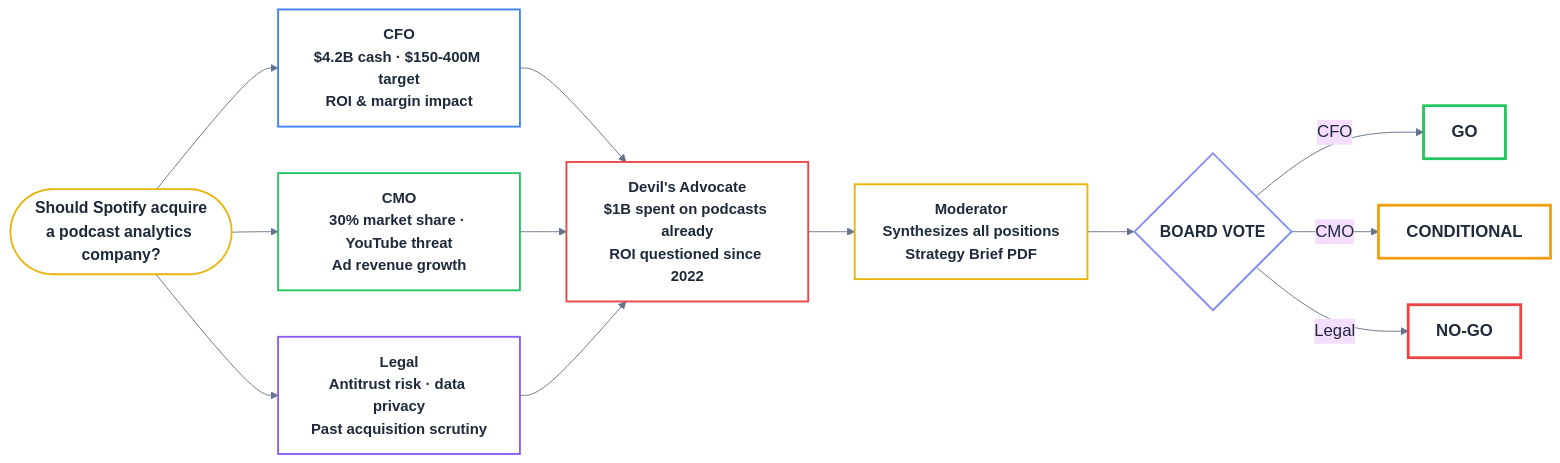
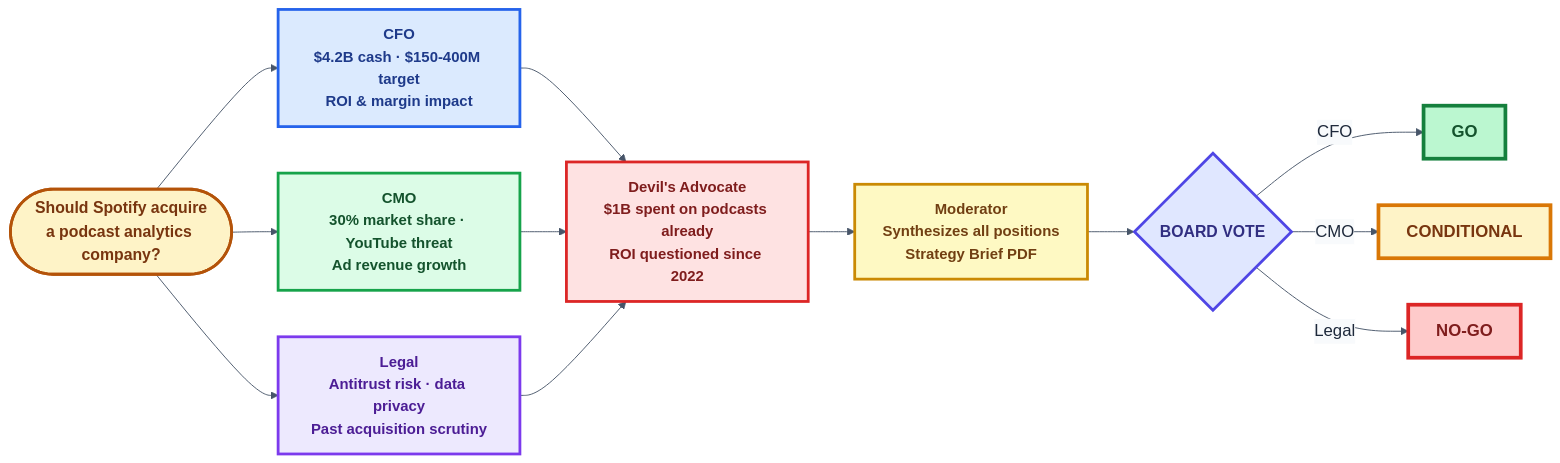
The second of 4 diagrams in README.md (Antarathapliyal31/ShadowBoard), drawn with Mermaid before and after one commit. The commit also changed other lines of this file, not shown here.

Commit message:
Update README with improved diagram styles and nodes

````diff
--- a/README.md
+++ b/README.md
@@ -152,31 +156,31 @@
 ```mermaid
-%%{init: {'theme': 'base', 'themeVariables': { 'fontSize': '18px', 'fontFamily': 'Segoe UI, Arial', 'primaryTextColor': '#1e293b', 'lineColor': '#64748b' }}}%%
+%%{init: {'theme': 'base', 'themeVariables': { 'fontSize': '18px', 'fontFamily': 'Segoe UI, Arial', 'primaryTextColor': '#1e293b', 'lineColor': '#475569', 'edgeLabelBackground': '#f8fafc' }}}%%
 flowchart LR
     Q(["Should Spotify acquire\na podcast analytics company?"]):::qClass
 
     Q --> CFO["CFO\n$4.2B cash · $150-400M target\nROI & margin impact"]:::cfoClass
     Q --> CMO["CMO\n30% market share · YouTube threat\nAd revenue growth"]:::cmoClass
     Q --> LEG["Legal\nAntitrust risk · data privacy\nPast acquisition scrutiny"]:::legClass
 
     CFO --> DA["Devil's Advocate\n$1B spent on podcasts already\nROI questioned since 2022"]:::daClass
     CMO --> DA
     LEG --> DA
 
     DA --> MOD["Moderator\nSynthesizes all positions\nStrategy Brief PDF"]:::modClass
 
     MOD --> V{"BOARD VOTE"}:::voteClass
     V -->|"CFO"| GO["GO"]:::goClass
     V -->|"CMO"| COND["CONDITIONAL"]:::condClass
     V -->|"Legal"| NOGO["NO-GO"]:::nogoClass
 
-    classDef qClass fill:transparent,stroke:#eab308,color:#1e293b,font-weight:bold,font-size:17px,stroke-width:2px
-    classDef cfoClass fill:transparent,stroke:#3b82f6,color:#1e293b,font-weight:bold,font-size:16px,stroke-width:2px
-    classDef cmoClass fill:transparent,stroke:#22c55e,color:#1e293b,font-weight:bold,font-size:16px,stroke-width:2px
-    classDef legClass fill:transparent,stroke:#8b5cf6,color:#1e293b,font-weight:bold,font-size:16px,stroke-width:2px
-    classDef daClass fill:transparent,stroke:#ef4444,color:#1e293b,font-weight:bold,font-size:16px,stroke-width:2px
-    classDef modClass fill:transparent,stroke:#eab308,color:#1e293b,font-weight:bold,font-size:16px,stroke-width:2px
-    classDef voteClass fill:transparent,stroke:#818cf8,color:#1e293b,font-weight:bold,font-size:17px,stroke-width:2px
-    classDef goClass fill:transparent,stroke:#22c55e,color:#1e293b,font-weight:bold,font-size:18px,stroke-width:3px
-    classDef condClass fill:transparent,stroke:#f59e0b,color:#1e293b,font-weight:bold,font-size:18px,stroke-width:3px
-    classDef nogoClass fill:transparent,stroke:#ef4444,color:#1e293b,font-weight:bold,font-size:18px,stroke-width:3px
+    classDef qClass fill:#fef3c7,stroke:#b45309,color:#78350f,font-weight:bold,font-size:17px,stroke-width:3px
+    classDef cfoClass fill:#dbeafe,stroke:#2563eb,color:#1e3a8a,font-weight:bold,font-size:16px,stroke-width:3px
+    classDef cmoClass fill:#dcfce7,stroke:#16a34a,color:#14532d,font-weight:bold,font-size:16px,stroke-width:3px
+    classDef legClass fill:#ede9fe,stroke:#7c3aed,color:#4c1d95,font-weight:bold,font-size:16px,stroke-width:3px
+    classDef daClass fill:#fee2e2,stroke:#dc2626,color:#7f1d1d,font-weight:bold,font-size:16px,stroke-width:3px
+    classDef modClass fill:#fef9c3,stroke:#ca8a04,color:#713f12,font-weight:bold,font-size:16px,stroke-width:3px
+    classDef voteClass fill:#e0e7ff,stroke:#4f46e5,color:#312e81,font-weight:bold,font-size:17px,stroke-width:3px
+    classDef goClass fill:#bbf7d0,stroke:#15803d,color:#14532d,font-weight:bold,font-size:18px,stroke-width:4px
+    classDef condClass fill:#fef3c7,stroke:#d97706,color:#78350f,font-weight:bold,font-size:18px,stroke-width:4px
+    classDef nogoClass fill:#fecaca,stroke:#dc2626,color:#7f1d1d,font-weight:bold,font-size:18px,stroke-width:4px
 ```
````
